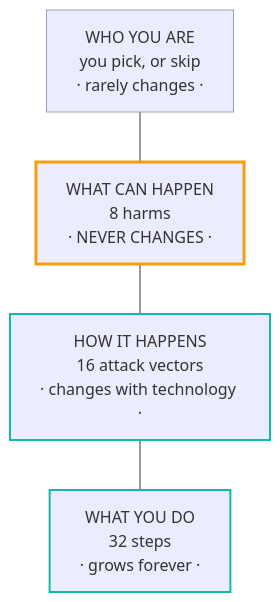
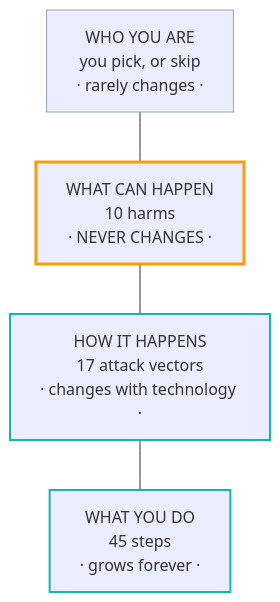
The second of 3 diagrams in README.md (KashishOO7/spectra), drawn with Mermaid before and after one commit. The commit also changed other lines of this file and 51 other files, not shown here.

````diff
--- a/README.md
+++ b/README.md
@@ -58,14 +58,14 @@
 ```mermaid
 flowchart TD
     L1["WHO YOU ARE<br/>you pick, or skip<br/>· rarely changes ·"]
-    L2["WHAT CAN HAPPEN<br/>8 harms<br/>· NEVER CHANGES ·"]
-    L3["HOW IT HAPPENS<br/>16 attack vectors<br/>· changes with technology ·"]
-    L4["WHAT YOU DO<br/>32 steps<br/>· grows forever ·"]
+    L2["WHAT CAN HAPPEN<br/>10 harms<br/>· NEVER CHANGES ·"]
+    L3["HOW IT HAPPENS<br/>17 attack vectors<br/>· changes with technology ·"]
+    L4["WHAT YOU DO<br/>45 steps<br/>· grows forever ·"]
 
     L1 --- L2 --- L3 --- L4
 
     style L1 stroke:#94a3b8,stroke-width:1px
     style L2 stroke:#f59e0b,stroke-width:3px
     style L3 stroke:#14b8a6,stroke-width:2px
     style L4 stroke:#14b8a6,stroke-width:2px
 ```
````
